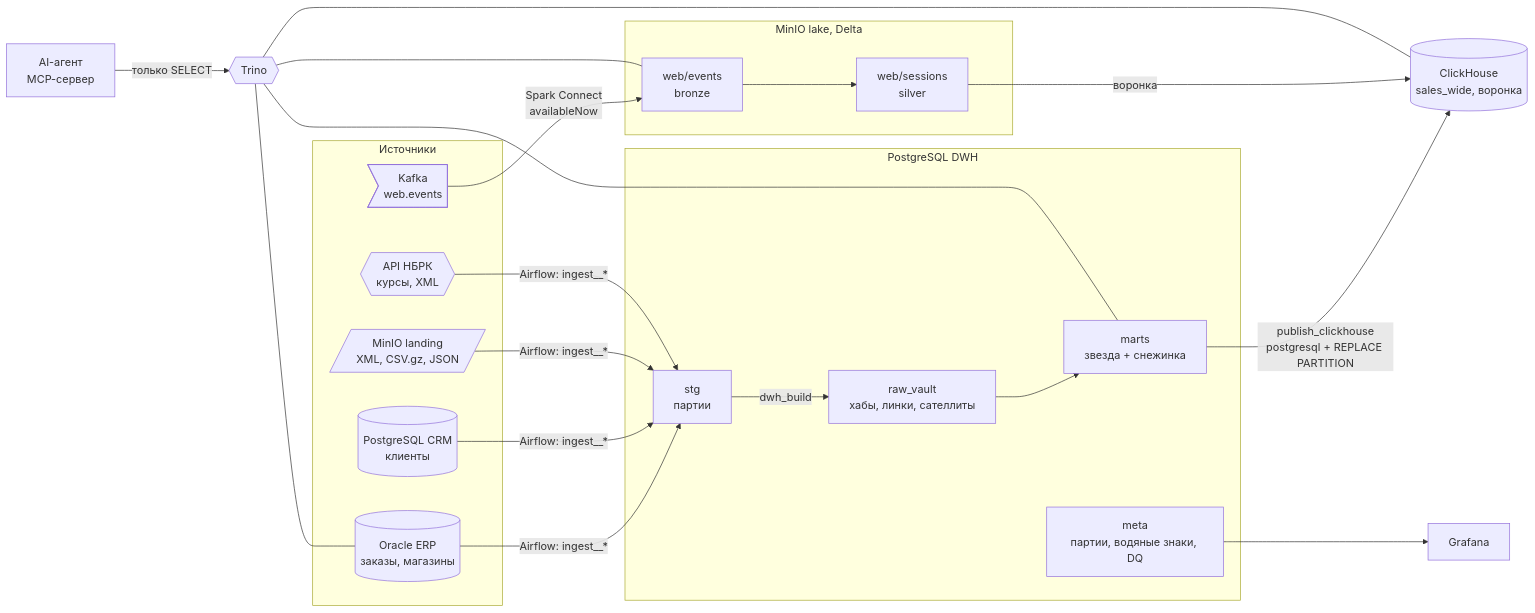
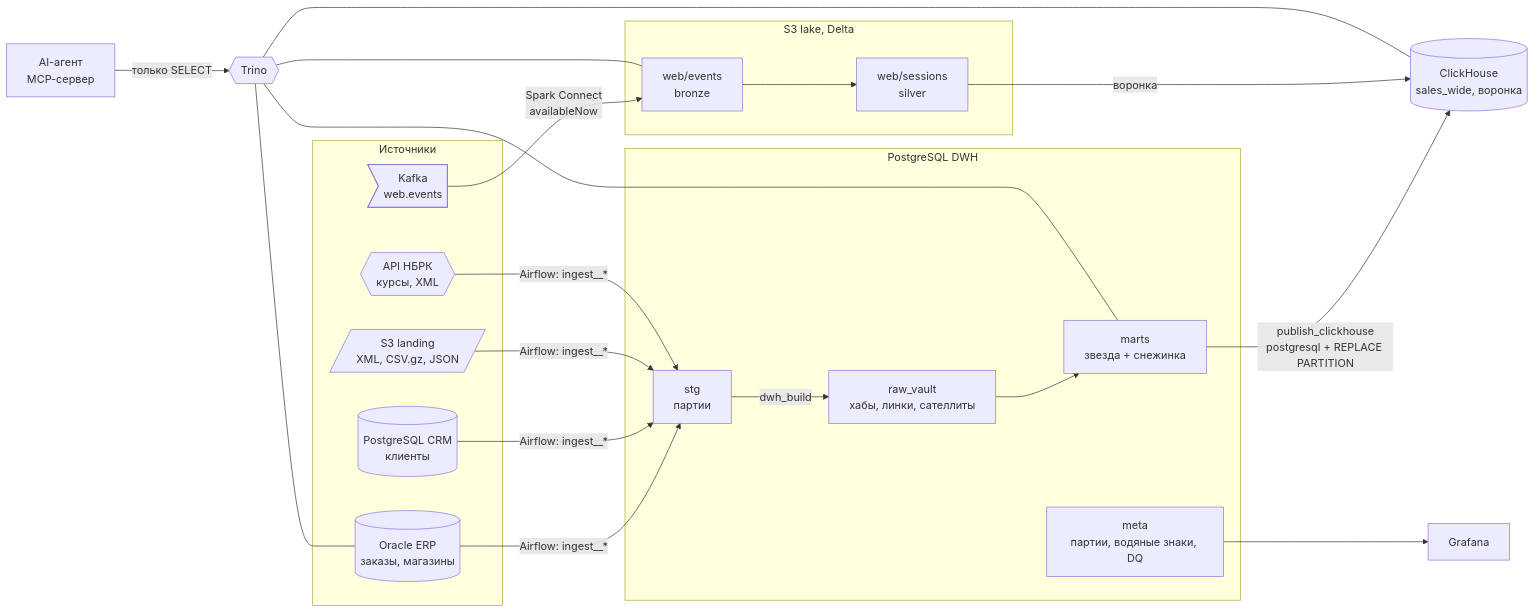
The diagram in docs/architecture.md (ikodxd67/retail-dwh), drawn with Mermaid before and after one commit. The commit also changed other lines of this file and 16 other files, not shown here.

````diff
--- a/docs/architecture.md
+++ b/docs/architecture.md
@@ -3,35 +3,35 @@
 ```mermaid
 flowchart LR
     subgraph Источники
         ORA[(Oracle ERP<br/>заказы, магазины)]
         CRM[(PostgreSQL CRM<br/>клиенты)]
-        S3L[/MinIO landing<br/>XML, CSV.gz, JSON/]
+        S3L[/S3 landing<br/>XML, CSV.gz, JSON/]
         NBK{{API НБРК<br/>курсы, XML}}
         KAF>Kafka<br/>web.events]
     end
 
     subgraph DWH [PostgreSQL DWH]
         STG[stg<br/>партии]
         RV[raw_vault<br/>хабы, линки, сателлиты]
         MART[marts<br/>звезда + снежинка]
         META[meta<br/>партии, водяные знаки, DQ]
     end
 
-    subgraph Озеро [MinIO lake, Delta]
+    subgraph Озеро [S3 lake, Delta]
         BR[web/events<br/>bronze]
         SI[web/sessions<br/>silver]
     end
 
     CH[(ClickHouse<br/>sales_wide, воронка)]
     TR{{Trino}}
     AG[AI-агент<br/>MCP-сервер]
     GR[Grafana]
 
     ORA & CRM & S3L & NBK -->|Airflow: ingest__*| STG
     STG -->|dwh_build| RV --> MART
     MART -->|publish_clickhouse<br/>postgresql + REPLACE PARTITION| CH
     KAF -->|Spark Connect<br/>availableNow| BR --> SI -->|воронка| CH
     TR --- MART & CH & BR & ORA
     AG -->|только SELECT| TR
     META --> GR
 ```
````
